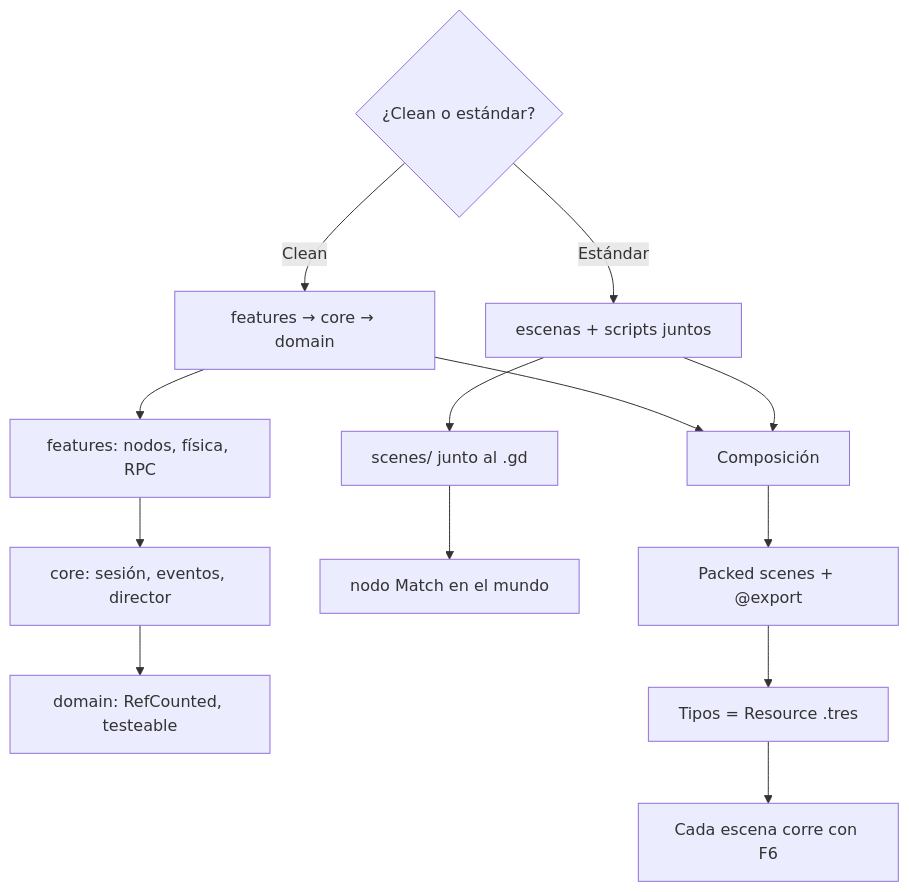
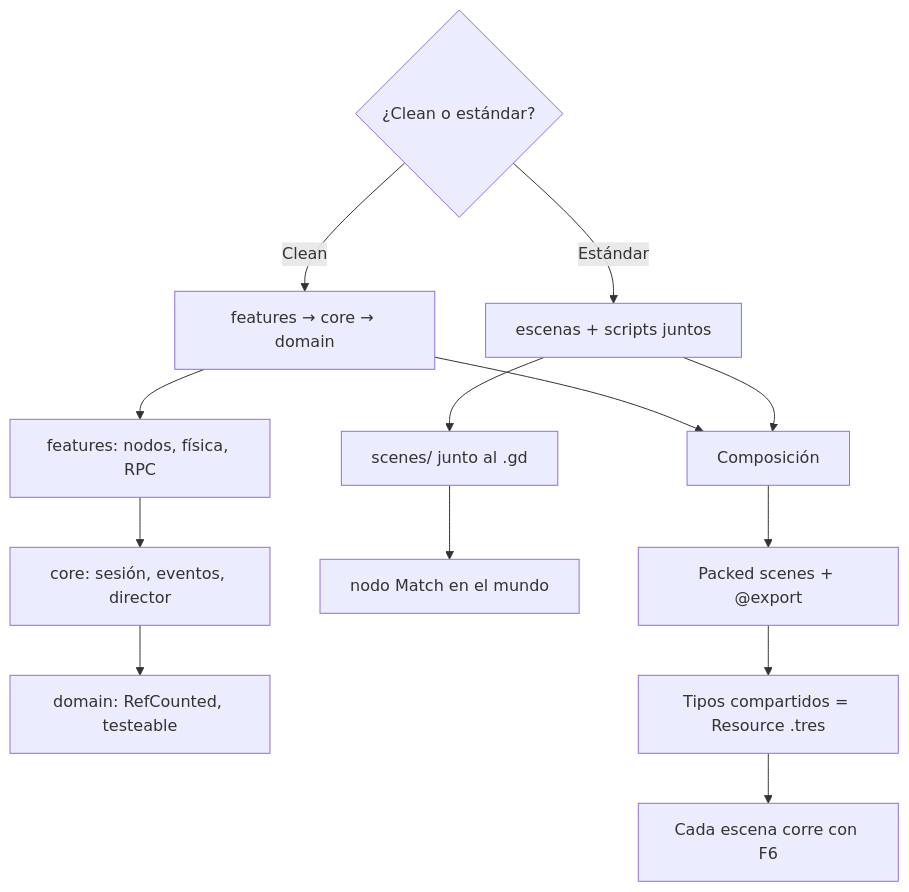
The second of 4 diagrams in docs/architecture.md (Joelnicolass/godot-studio-skills), drawn with Mermaid before and after one commit. The commit also changed other lines of this file and 27 other files, not shown here.

````diff
--- a/docs/architecture.md
+++ b/docs/architecture.md
@@ -62,21 +62,21 @@
 ```mermaid
 flowchart TB
   ask{¿Clean o estándar?}
 
   ask -->|Clean| clean[features → core → domain]
   ask -->|Estándar| std[escenas + scripts juntos]
 
   clean --> feat[features: nodos, física, RPC]
   feat --> core[core: sesión, eventos, director]
   core --> domain[domain: RefCounted, testeable]
 
   std --> scenes[scenes/ junto al .gd]
   scenes --> match[nodo Match en el mundo]
 
   clean --> shared[Composición]
   std --> shared
 
   shared --> packed[Packed scenes + @export]
-  packed --> tres[Tipos = Resource .tres]
+  packed --> tres[Tipos compartidos = Resource .tres]
   tres --> f6[Cada escena corre con F6]
 ```
````
